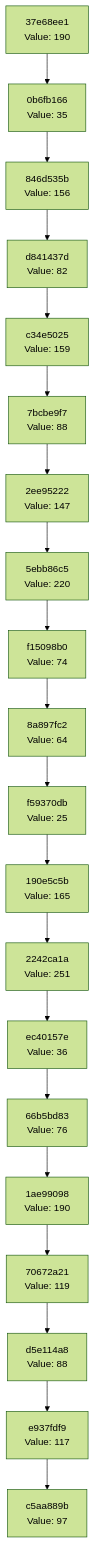
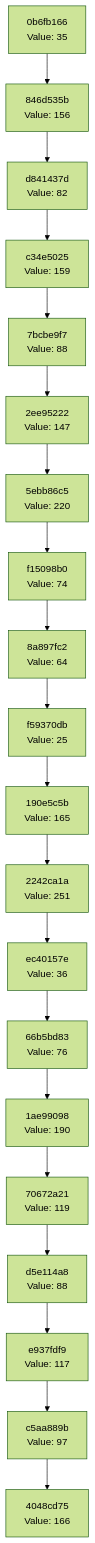
One commit to Abhisheksinha1506/hash-chain-evolver changed the diagram in docs/CHAIN_VISUALIZATION.md. Above: the diagram before and after it, drawn with Mermaid (forest theme). The commit also changed 3 other files, not shown here.

````diff
--- a/docs/CHAIN_VISUALIZATION.md
+++ b/docs/CHAIN_VISUALIZATION.md
@@ -3,42 +3,42 @@
 ```mermaid
 graph TD
-    C0["c5aa889b<br/>Value: 97"]
-    C1["e937fdf9<br/>Value: 117"]
+    C0["4048cd75<br/>Value: 166"]
+    C1["c5aa889b<br/>Value: 97"]
     C1 --> C0
-    C2["d5e114a8<br/>Value: 88"]
+    C2["e937fdf9<br/>Value: 117"]
     C2 --> C1
-    C3["70672a21<br/>Value: 119"]
+    C3["d5e114a8<br/>Value: 88"]
     C3 --> C2
-    C4["1ae99098<br/>Value: 190"]
+    C4["70672a21<br/>Value: 119"]
     C4 --> C3
-    C5["66b5bd83<br/>Value: 76"]
+    C5["1ae99098<br/>Value: 190"]
     C5 --> C4
-    C6["ec40157e<br/>Value: 36"]
+    C6["66b5bd83<br/>Value: 76"]
     C6 --> C5
-    C7["2242ca1a<br/>Value: 251"]
+    C7["ec40157e<br/>Value: 36"]
     C7 --> C6
-    C8["190e5c5b<br/>Value: 165"]
+    C8["2242ca1a<br/>Value: 251"]
     C8 --> C7
-    C9["f59370db<br/>Value: 25"]
+    C9["190e5c5b<br/>Value: 165"]
     C9 --> C8
-    C10["8a897fc2<br/>Value: 64"]
+    C10["f59370db<br/>Value: 25"]
     C10 --> C9
-    C11["f15098b0<br/>Value: 74"]
+    C11["8a897fc2<br/>Value: 64"]
     C11 --> C10
-    C12["5ebb86c5<br/>Value: 220"]
+    C12["f15098b0<br/>Value: 74"]
     C12 --> C11
-    C13["2ee95222<br/>Value: 147"]
+    C13["5ebb86c5<br/>Value: 220"]
     C13 --> C12
-    C14["7bcbe9f7<br/>Value: 88"]
+    C14["2ee95222<br/>Value: 147"]
     C14 --> C13
-    C15["c34e5025<br/>Value: 159"]
+    C15["7bcbe9f7<br/>Value: 88"]
     C15 --> C14
-    C16["d841437d<br/>Value: 82"]
+    C16["c34e5025<br/>Value: 159"]
     C16 --> C15
-    C17["846d535b<br/>Value: 156"]
+    C17["d841437d<br/>Value: 82"]
     C17 --> C16
-    C18["0b6fb166<br/>Value: 35"]
+    C18["846d535b<br/>Value: 156"]
     C18 --> C17
-    C19["37e68ee1<br/>Value: 190"]
+    C19["0b6fb166<br/>Value: 35"]
     C19 --> C18
 ```
````
